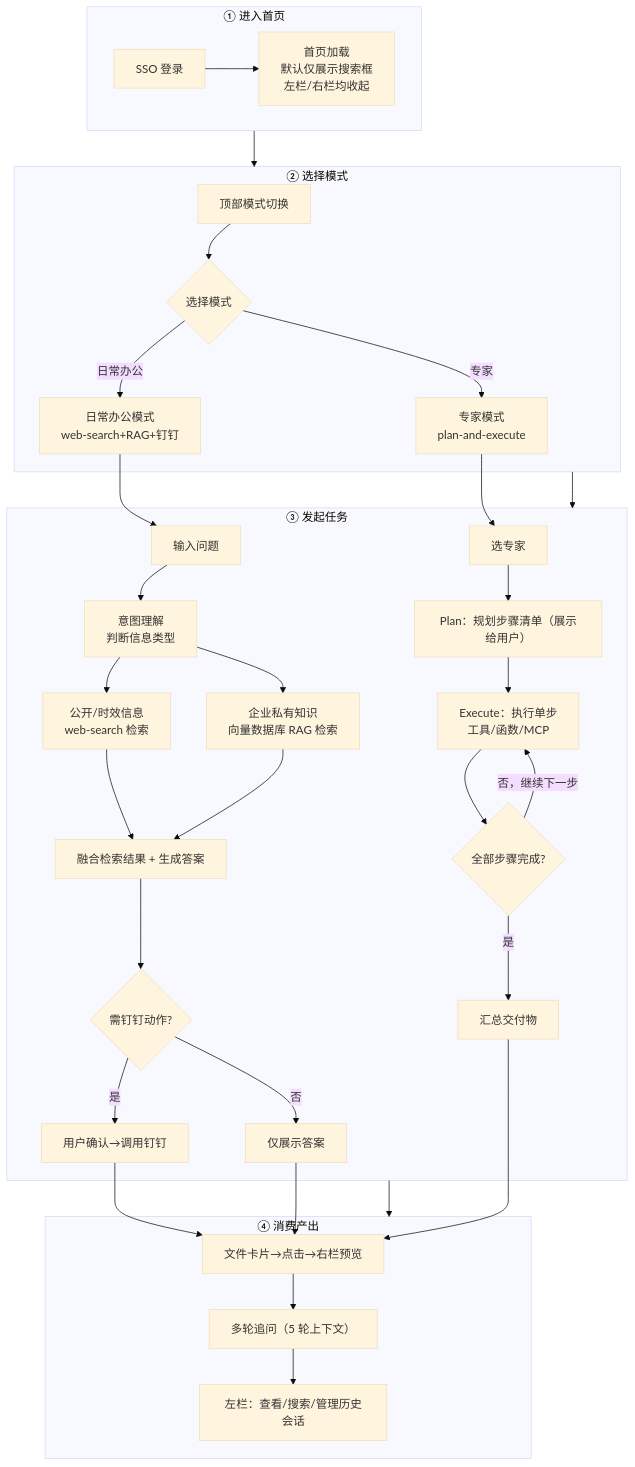
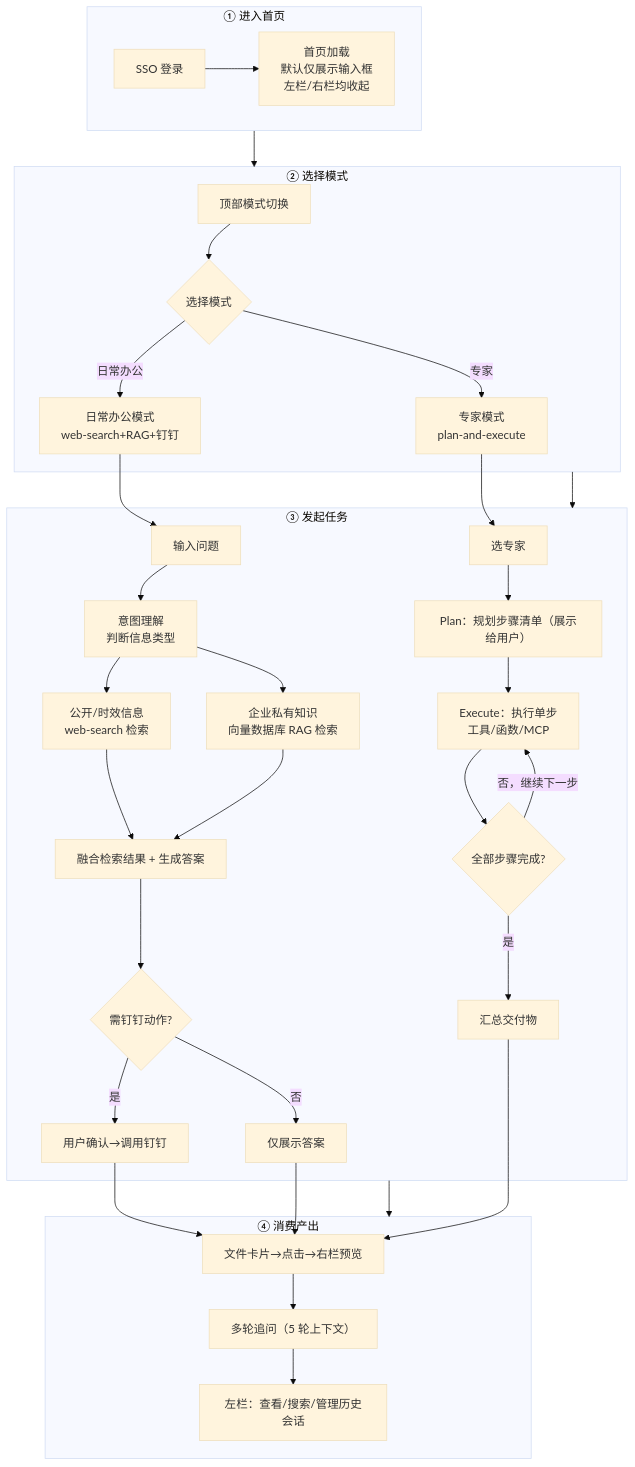
The second of 12 diagrams in docs/需求文档/20260709-【PRD】AI工作台-首页智能体-天马智擎.md (fri555/PORTL), drawn with Mermaid (base theme) before and after one commit. The commit also changed other lines of this file, not shown here.

````diff
--- a/docs/需求文档/20260709-【PRD】AI工作台-首页智能体-天马智擎.md
+++ b/docs/需求文档/20260709-【PRD】AI工作台-首页智能体-天马智擎.md
@@ -274,43 +274,43 @@
 ```mermaid
 flowchart TB
     S1 --> S2
     S2 --> S3
     S3 --> S4
 
     subgraph S1["① 进入首页"]
-        S1a["SSO 登录"] --> S1b["首页加载<br/>默认仅展示搜索框<br/>左栏/右栏均收起"]
+        S1a["SSO 登录"] --> S1b["首页加载<br/>默认仅展示输入框<br/>左栏/右栏均收起"]
     end
 
     subgraph S2["② 选择模式"]
         S2a["顶部模式切换"] --> S2b{"选择模式"}
         S2b -->|"日常办公"| S2c["日常办公模式<br/>web-search+RAG+钉钉"]
         S2b -->|"专家"| S2d["专家模式<br/>plan-and-execute"]
     end
 
     subgraph S3["③ 发起任务"]
         S2c --> S3a["输入问题"]
         S3a --> S3b["意图理解<br/>判断信息类型"]
         S3b --> S3b1["公开/时效信息<br/>web-search 检索"]
         S3b --> S3b2["企业私有知识<br/>向量数据库 RAG 检索"]
         S3b1 --> S3b3["融合检索结果 + 生成答案"]
         S3b2 --> S3b3
         S3b3 --> S3c{"需钉钉动作?"}
         S3c -->|"是"| S3d["用户确认→调用钉钉"]
         S3c -->|"否"| S3e["仅展示答案"]
 
         S2d --> S3f["选专家"]
         S3f --> S3g["Plan：规划步骤清单（展示给用户）"]
         S3g --> S3i["Execute：执行单步<br/>工具/函数/MCP"]
         S3i --> S3j{"全部步骤完成?"}
         S3j -->|"否，继续下一步"| S3i
         S3j -->|"是"| S3k["汇总交付物"]
     end
 
     subgraph S4["④ 消费产出"]
         S3e --> S4a["文件卡片→点击→右栏预览"]
         S3d --> S4a
         S3k --> S4a
         S4a --> S4b["多轮追问（5 轮上下文）"]
         S4b --> S4c["左栏：查看/搜索/管理历史会话"]
     end
 ```
````
